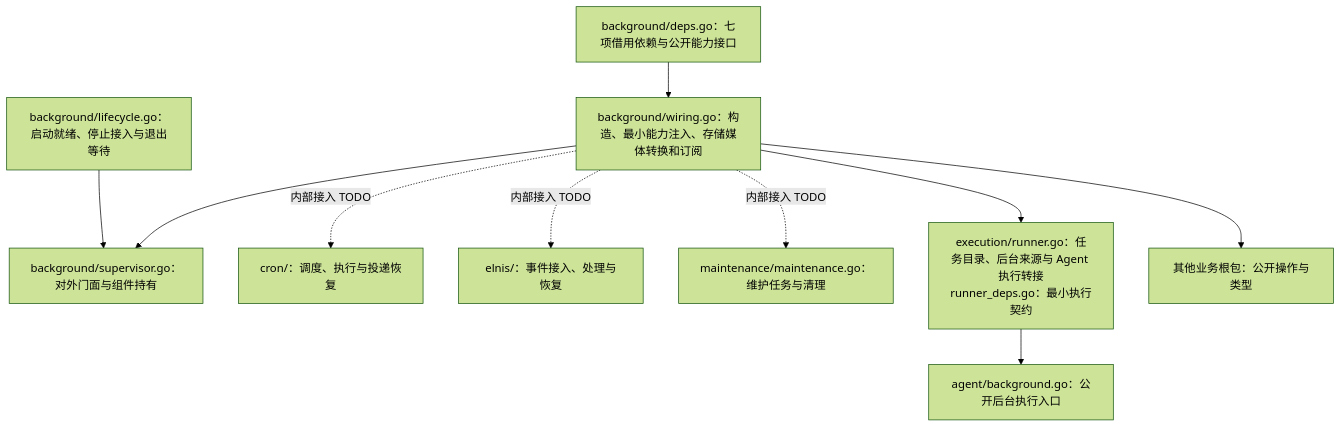
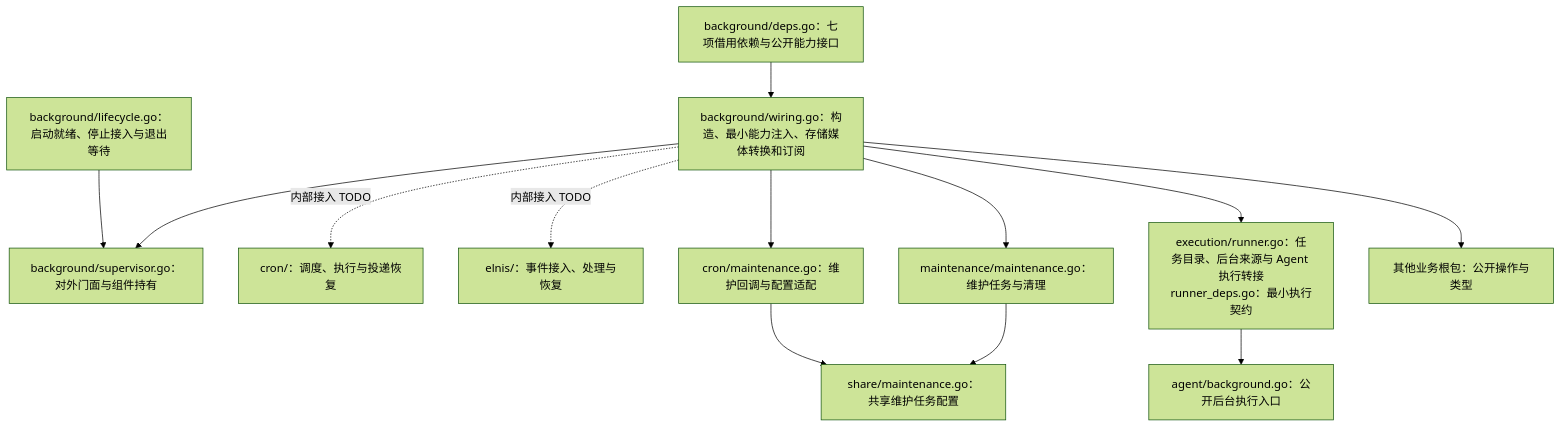
Diagram 16 of 16 in devdocs/architecture.md (Elflare/elbot), drawn with Mermaid (forest theme) before and after one commit. The commit also changed other lines of this file and 11 other files, not shown here.

````diff
--- a/devdocs/architecture.md
+++ b/devdocs/architecture.md
@@ -593,12 +593,15 @@
 ```mermaid
 flowchart TD
     D["background/deps.go：七项借用依赖与公开能力接口"] --> W["background/wiring.go：构造、最小能力注入、存储媒体转换和订阅"]
     W --> S["background/supervisor.go：对外门面与组件持有"]
     L["background/lifecycle.go：启动就绪、停止接入与退出等待"] --> S
     W -.->|内部接入 TODO| C["cron/：调度、执行与投递恢复"]
     W -.->|内部接入 TODO| E["elnis/：事件接入、处理与恢复"]
-    W -.->|内部接入 TODO| M["maintenance/maintenance.go：维护任务与清理"]
+    W --> M["maintenance/maintenance.go：维护任务与清理"]
+    W --> MC["cron/maintenance.go：维护回调与配置适配"]
+    M --> MJ["share/maintenance.go：共享维护任务配置"]
+    MC --> MJ
     W --> X["execution/runner.go：任务目录、后台来源与 Agent 执行转接<br/>runner_deps.go：最小执行契约"]
     X --> AG["agent/background.go：公开后台执行入口"]
     W --> P["其他业务根包：公开操作与类型"]
 ```
````
